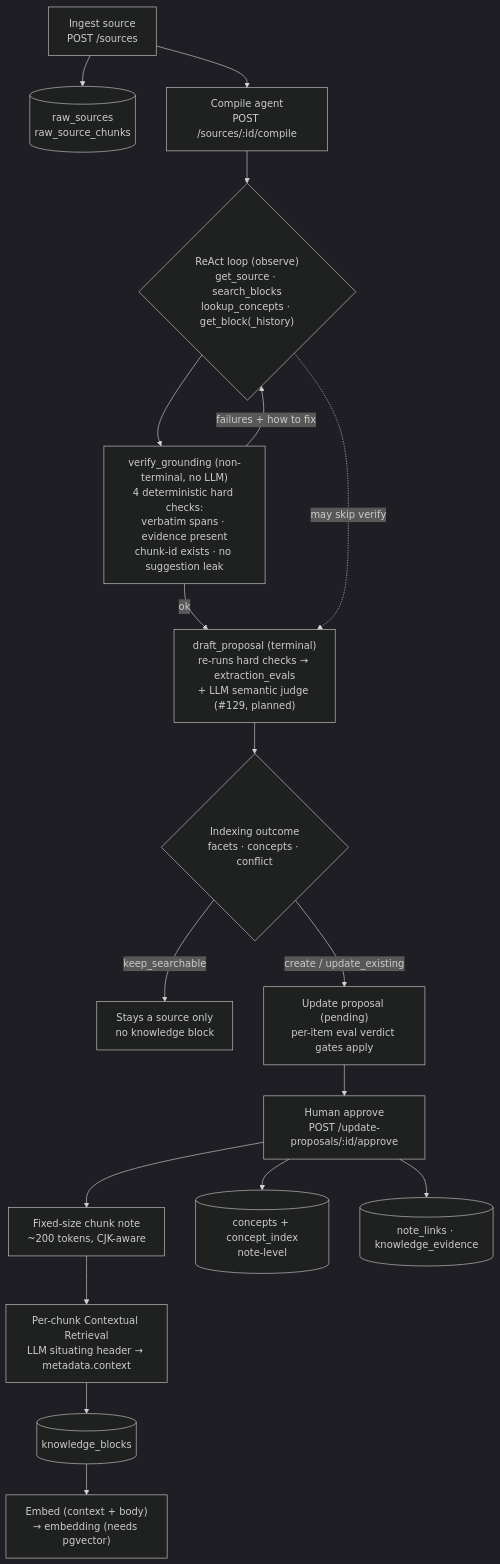
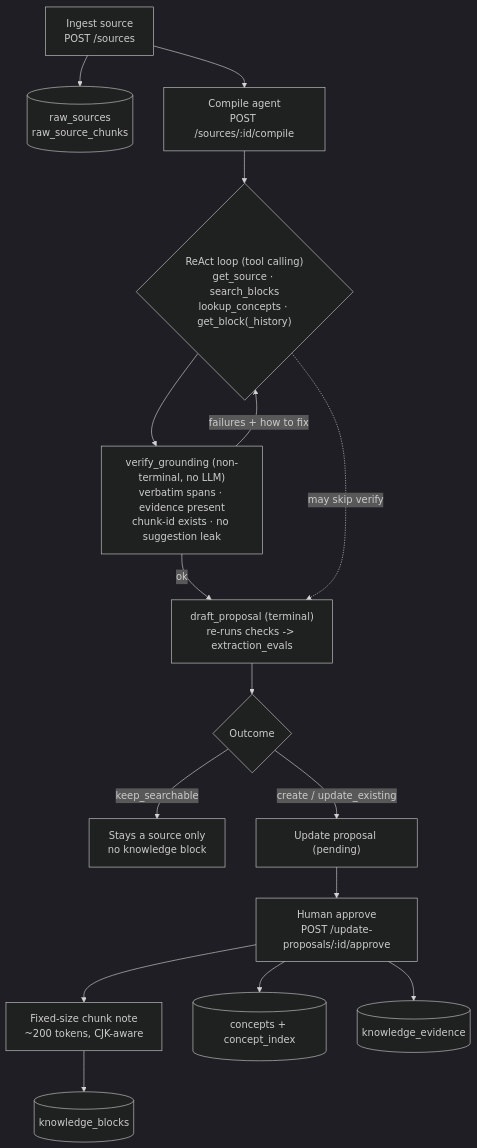
The diagram in README.md (jhowliu/knowledge-compiler), drawn with Mermaid (dark theme) before and after one commit. The commit also changed other lines of this file and 140 other files, not shown here.

````diff
--- a/README.md
+++ b/README.md
@@ -140,20 +94,18 @@
 ```mermaid
 flowchart TD
   ING["Ingest source<br/>POST /sources"] --> RS[("raw_sources<br/>raw_source_chunks")]
   ING --> CMP["Compile agent<br/>POST /sources/:id/compile"]
-  CMP --> LOOP{"ReAct loop (observe)<br/>get_source · search_blocks<br/>lookup_concepts · get_block(_history)"}
-  LOOP --> VG["verify_grounding (non-terminal, no LLM)<br/>4 deterministic hard checks:<br/>verbatim spans · evidence present<br/>chunk-id exists · no suggestion leak"]
+  CMP --> LOOP{"ReAct loop (tool calling)<br/>get_source · search_blocks<br/>lookup_concepts · get_block(_history)"}
+  LOOP --> VG["verify_grounding (non-terminal, no LLM)<br/>verbatim spans · evidence present<br/>chunk-id exists · no suggestion leak"]
   VG -->|failures + how to fix| LOOP
-  VG -->|ok| DP["draft_proposal (terminal)<br/>re-runs hard checks → extraction_evals<br/>+ LLM semantic judge (#129, planned)"]
+  VG -->|ok| DP["draft_proposal (terminal)<br/>re-runs checks -> extraction_evals"]
   LOOP -.->|may skip verify| DP
-  DP --> J{"Indexing outcome<br/>facets · concepts · conflict"}
+  DP --> J{"Outcome"}
   J -->|keep_searchable| KS["Stays a source only<br/>no knowledge block"]
-  J -->|create / update_existing| PROP["Update proposal (pending)<br/>per-item eval verdict gates apply"]
+  J -->|create / update_existing| PROP["Update proposal (pending)"]
   PROP --> APR["Human approve<br/>POST /update-proposals/:id/approve"]
   APR --> CH["Fixed-size chunk note<br/>~200 tokens, CJK-aware"]
-  CH --> CTX["Per-chunk Contextual Retrieval<br/>LLM situating header → metadata.context"]
-  CTX --> KB[("knowledge_blocks")]
-  KB --> EMB["Embed (context + body)<br/>→ embedding (needs pgvector)"]
-  APR --> CI[("concepts + concept_index<br/>note-level")]
-  APR --> NL[("note_links · knowledge_evidence")]
+  CH --> KB[("knowledge_blocks")]
+  APR --> CI[("concepts + concept_index")]
+  APR --> EV[("knowledge_evidence")]
 ```
````
